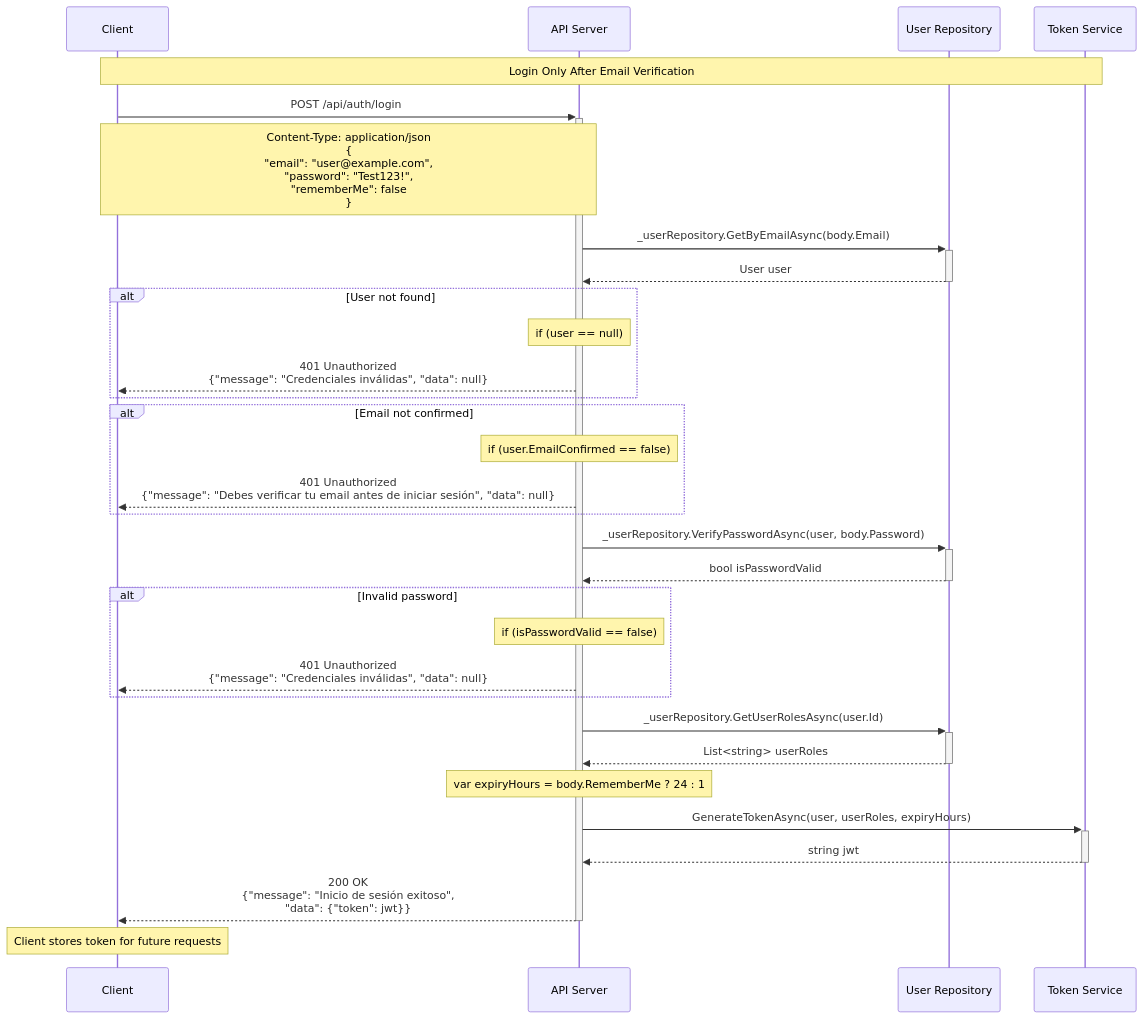
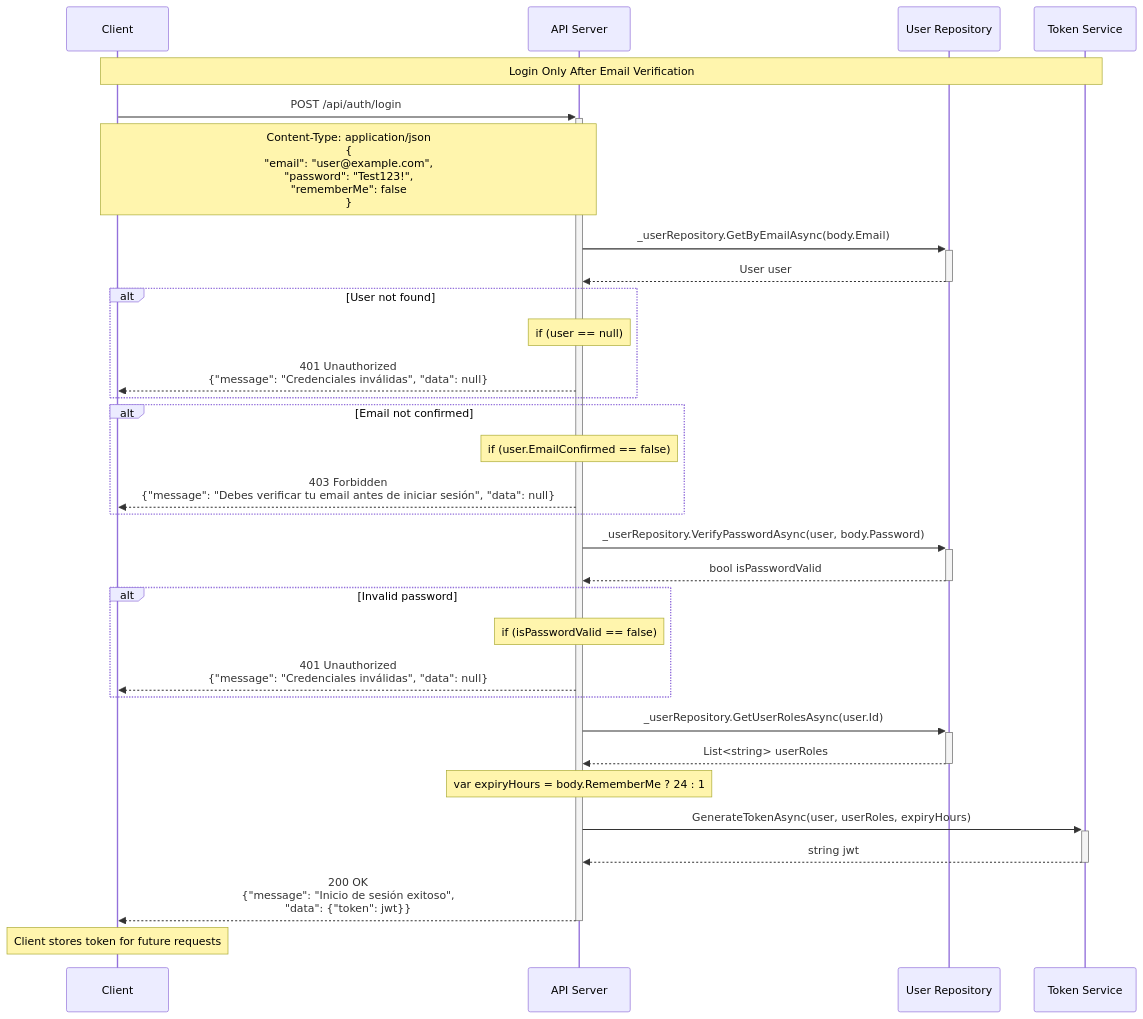
The diagram in Docs/Auth/4_Login.md (JorgeRiveraMancilla/idwm-backend), drawn with Mermaid before and after one commit.

Commit message:
docs(auth): change login response code from 401 to 403 for unverified email

````diff
--- a/Docs/Auth/4_Login.md
+++ b/Docs/Auth/4_Login.md
@@ -1,45 +1,45 @@
 ```mermaid
 sequenceDiagram
     participant C as Client
     participant API as API Server
     participant UR as User Repository
     participant JWT as Token Service
 
     Note over C,JWT: Login Only After Email Verification
 
     C->>+API: POST /api/auth/login
     Note over C,API: Content-Type: application/json<br/>{<br/>"email": "user@example.com",<br/>"password": "Test123!",<br/>"rememberMe": false<br/>}
 
     API->>+UR: _userRepository.GetByEmailAsync(body.Email)
     UR-->>-API: User user
 
     alt User not found
         Note over API: if (user == null)
         API-->>C: 401 Unauthorized<br/>{"message": "Credenciales inválidas", "data": null}
     end
 
     alt Email not confirmed
         Note over API: if (user.EmailConfirmed == false)
-        API-->>C: 401 Unauthorized<br/>{"message": "Debes verificar tu email antes de iniciar sesión", "data": null}
+        API-->>C: 403 Forbidden<br/>{"message": "Debes verificar tu email antes de iniciar sesión", "data": null}
     end
 
     API->>+UR: _userRepository.VerifyPasswordAsync(user, body.Password)
     UR-->>-API: bool isPasswordValid
 
     alt Invalid password
         Note over API: if (isPasswordValid == false)
         API-->>C: 401 Unauthorized<br/>{"message": "Credenciales inválidas", "data": null}
     end
 
     API->>+UR: _userRepository.GetUserRolesAsync(user.Id)
     UR-->>-API: List<string> userRoles
 
     Note over API: var expiryHours = body.RememberMe ? 24 : 1
 
     API->>+JWT: GenerateTokenAsync(user, userRoles, expiryHours)
     JWT-->>-API: string jwt
 
     API-->>-C: 200 OK<br/>{"message": "Inicio de sesión exitoso",<br/>"data": {"token": jwt}}
 
     Note over C: Client stores token for future requests
 ```
````
